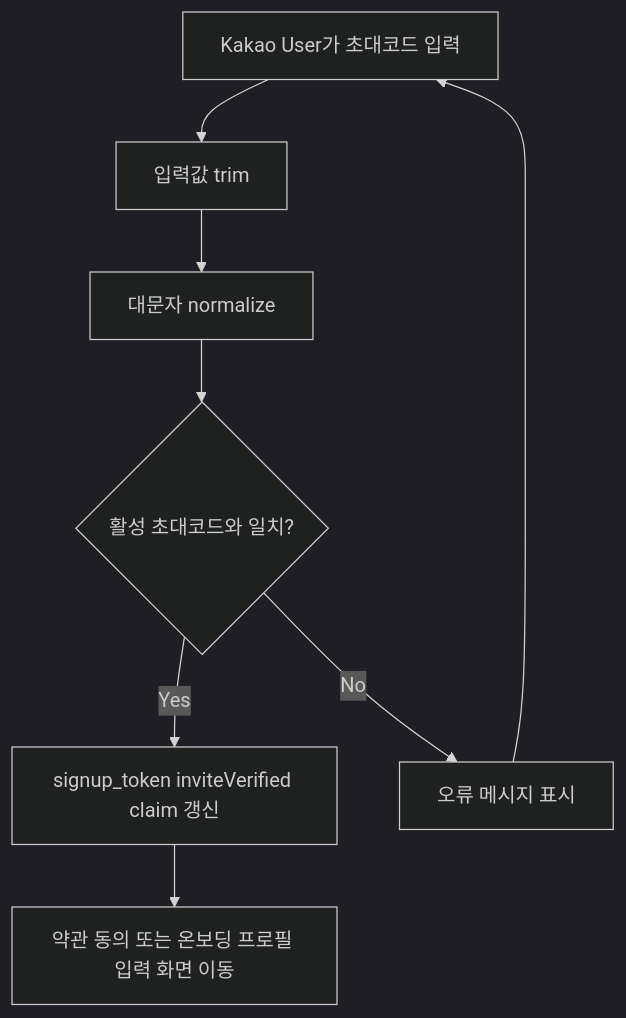
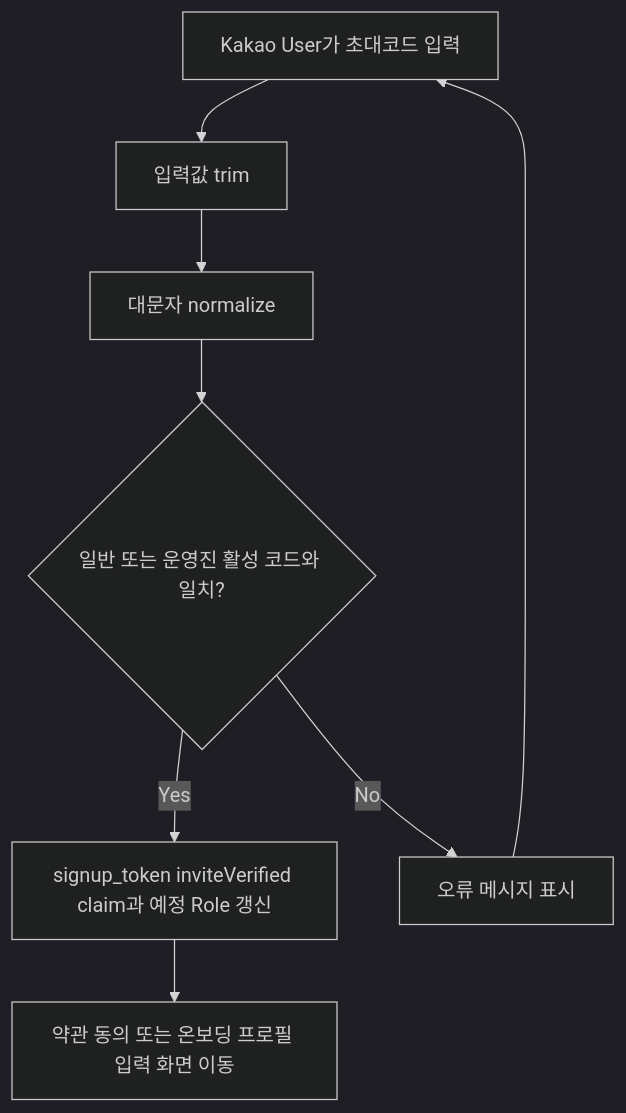
One commit to ljh468/growth-archive changed the third of 4 diagrams in docs/prd/PRD_002_Users_Auth_Permissions_Onboarding.md. Above: the diagram before and after it, drawn with Mermaid (dark theme). The commit also changed other lines of this file and 10 other files, not shown here.

````diff
--- a/docs/prd/PRD_002_Users_Auth_Permissions_Onboarding.md
+++ b/docs/prd/PRD_002_Users_Auth_Permissions_Onboarding.md
@@ -411,10 +419,10 @@
 ```mermaid
 flowchart TD
     A[Kakao User가 초대코드 입력] --> B[입력값 trim]
     B --> C[대문자 normalize]
-    C --> D{활성 초대코드와 일치?}
-    D -->|Yes| E[signup_token inviteVerified claim 갱신]
+    C --> D{일반 또는 운영진 활성 코드와 일치?}
+    D -->|Yes| E[signup_token inviteVerified claim과 예정 Role 갱신]
     E --> F[약관 동의 또는 온보딩 프로필 입력 화면 이동]
     D -->|No| G[오류 메시지 표시]
     G --> A
 ```
````
